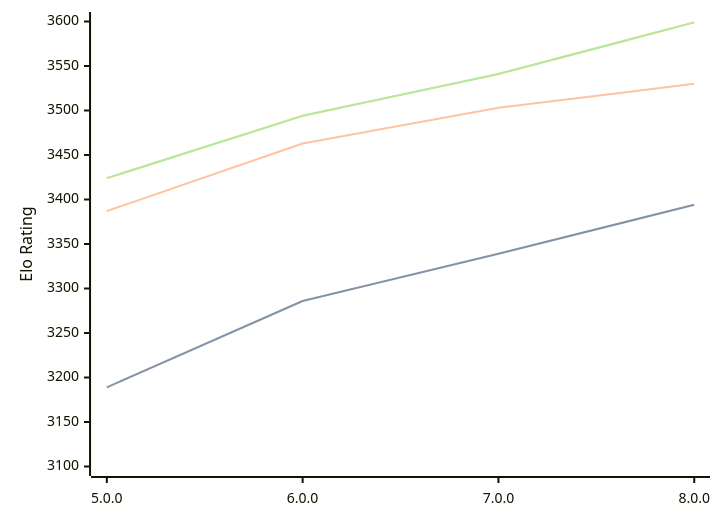
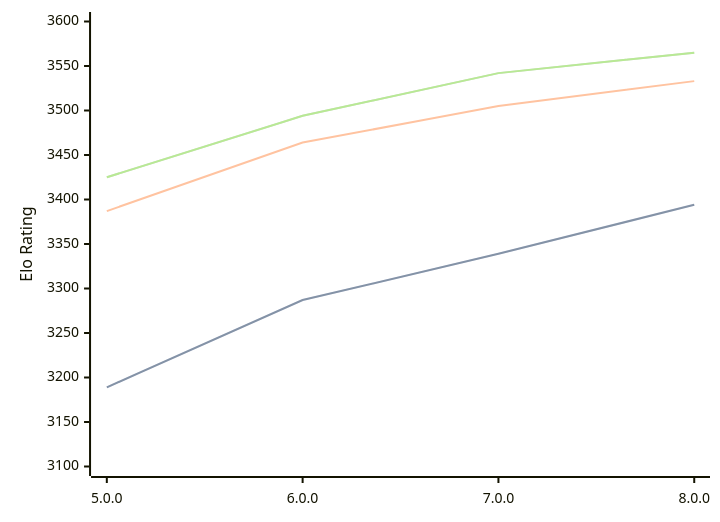
Before and after one commit to computer-chess-index/cci: the third of 3 diagrams in engines/Stormphrax.md, drawn with Mermaid. The commit also changed other lines of this file, not shown here.

Commit message:
Update CCI Ratings (ELO VLTC) - 2026-07-08

````diff
--- a/engines/Stormphrax.md
+++ b/engines/Stormphrax.md
@@ -72,11 +72,11 @@
 ```mermaid
 %%{init: {"theme":"base","themeVariables":{"seriesColors:['#a3a3a3','#222221','#faa371']}}}%%
 xychart-beta
   x-axis ["5.0.0", "6.0.0", "7.0.0", "8.0.0"]
   y-axis "Elo Rating" 3100 --> 3600
-  line "STC (8.0+0.08s)" [3189, 3286, 3339, 3394]
-  line "STC (8.0+0.08s)" [3189, 3286, 3339, 3394]
-  line "LTC (60.0+0.60s)" [3387, 3463, 3503, 3530]
-  line "VLTC (2m24s+1.12s)" [3424, 3494, 3541, 3599]
-  line "VLTC (2m24s+1.12s)" [3424, 3494, 3541, 3599]
+  line "STC (8.0+0.08s)" [3189, 3287, 3339, 3394]
+  line "STC (8.0+0.08s)" [3189, 3287, 3339, 3394]
+  line "LTC (60.0+0.60s)" [3387, 3464, 3505, 3533]
+  line "VLTC (2m24s+1.12s)" [3425, 3494, 3542, 3565]
+  line "VLTC (2m24s+1.12s)" [3425, 3494, 3542, 3565]
 ```
````
